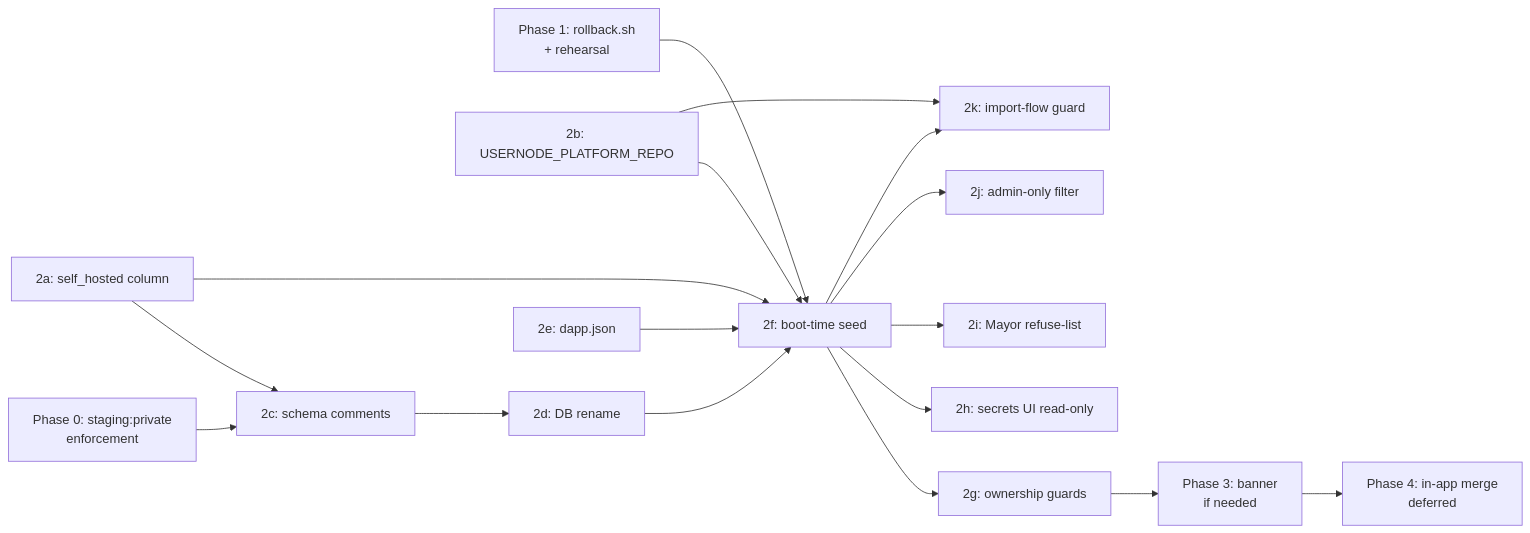
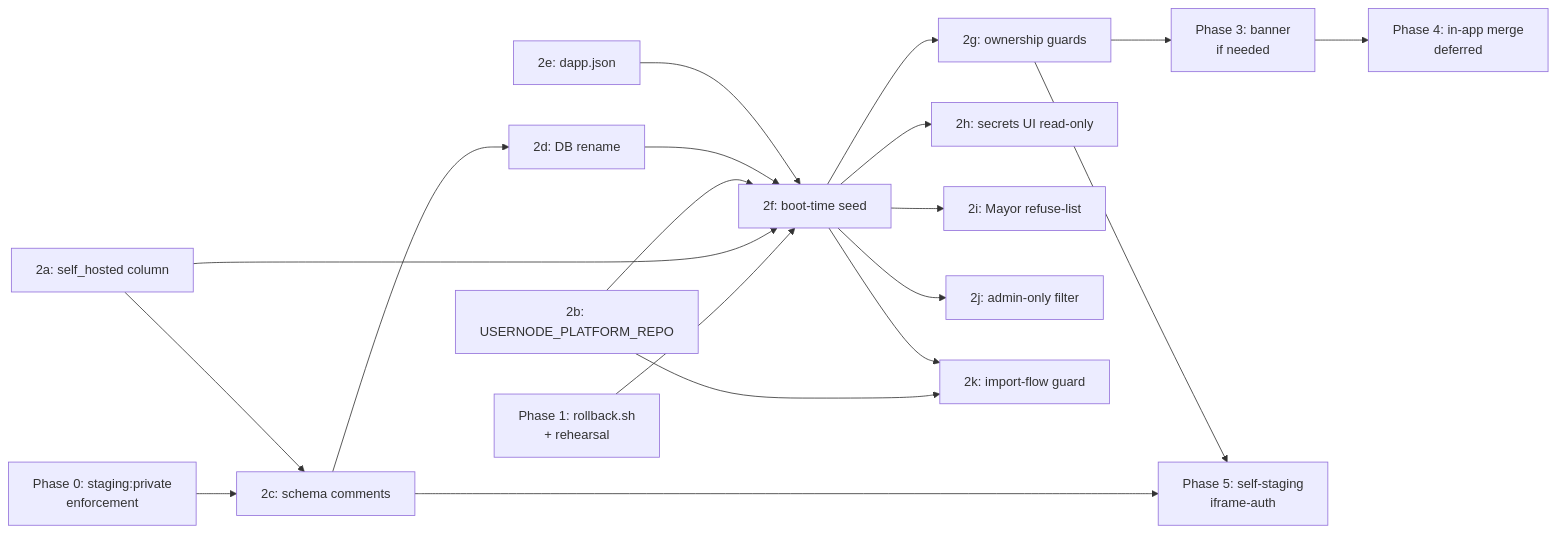
One commit to Usernode-Labs/social-vibecoding changed the second of 2 diagrams in SELF-HOSTING.md. Above: the diagram before and after it, drawn with Mermaid. The commit also changed other lines of this file and 3 other files, not shown here.

````diff
--- a/SELF-HOSTING.md
+++ b/SELF-HOSTING.md
@@ -687,35 +832,38 @@
 ```mermaid
 flowchart LR
     P0[Phase 0: staging:private<br/>enforcement]
     P1[Phase 1: rollback.sh<br/>+ rehearsal]
     P2a[2a: self_hosted column]
     P2b[2b: USERNODE_PLATFORM_REPO]
     P2c[2c: schema comments]
     P2d[2d: DB rename]
     P2e[2e: dapp.json]
     P2f[2f: boot-time seed]
     P2g[2g: ownership guards]
     P2h[2h: secrets UI read-only]
     P2i[2i: Mayor refuse-list]
     P2j[2j: admin-only filter]
     P2k[2k: import-flow guard]
     P3[Phase 3: banner<br/>if needed]
     P4[Phase 4: in-app merge<br/>deferred]
+    P5[Phase 5: self-staging<br/>iframe-auth]
 
     P0 --> P2c
     P1 --> P2f
     P2a --> P2c
     P2a --> P2f
     P2b --> P2f
     P2b --> P2k
     P2c --> P2d
+    P2c --> P5
     P2d --> P2f
     P2e --> P2f
     P2f --> P2g
     P2f --> P2h
     P2f --> P2i
     P2f --> P2j
     P2f --> P2k
     P2g --> P3
+    P2g --> P5
     P3 --> P4
 ```
````
